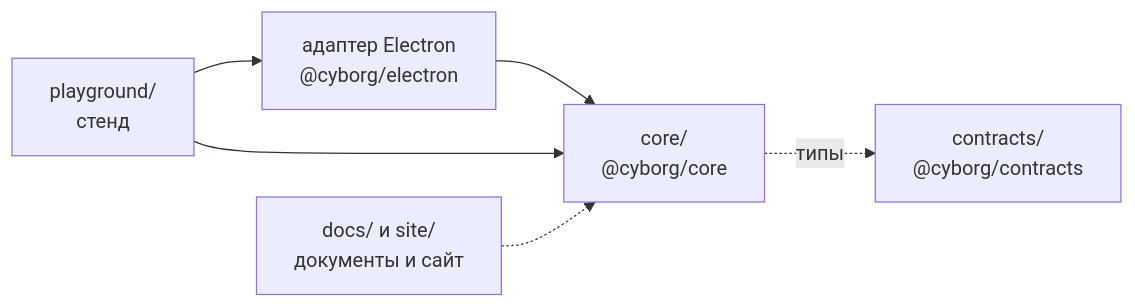
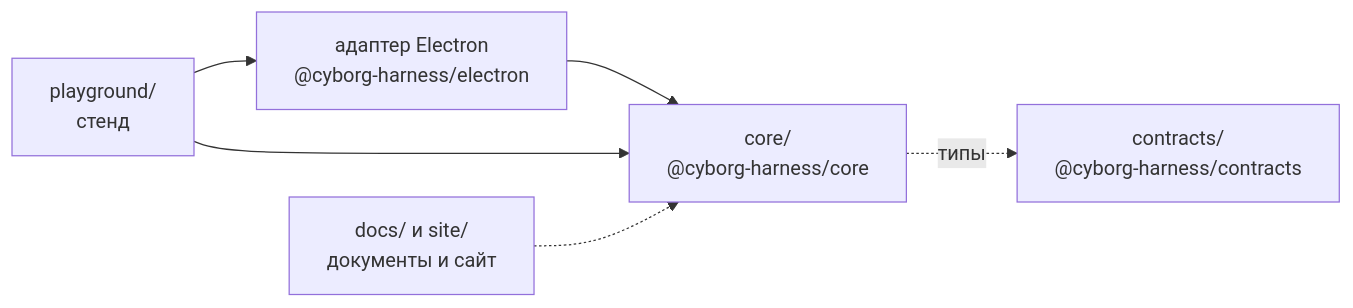
The diagram in docs/guide/development/index.md (dex-it/cyborg-harness), drawn with Mermaid before and after one commit. The commit also changed other lines of this file and 128 other files, not shown here.

First line of the commit message:
npm-scope @cyborg-harness вместо занятого @cyborg; остатки ревью #67

````diff
--- a/docs/guide/development/index.md
+++ b/docs/guide/development/index.md
@@ -8,15 +8,15 @@
 ```mermaid
 flowchart LR
   accTitle: Состав репозитория
   accDescr: Ядро и адаптер опираются на контракты, стенд собирает их в окно, документы и сайт описывают всё вместе.
-  C["contracts/<br>@cyborg/contracts"]
-  K["core/<br>@cyborg/core"]
-  E["адаптер Electron<br>@cyborg/electron"]
+  C["contracts/<br>@cyborg-harness/contracts"]
+  K["core/<br>@cyborg-harness/core"]
+  E["адаптер Electron<br>@cyborg-harness/electron"]
   P["playground/<br>стенд"]
   D["docs/ и site/<br>документы и сайт"]
   K -. типы .-> C
   E --> K
   P --> E
   P --> K
   D -.-> K
 ```
````
